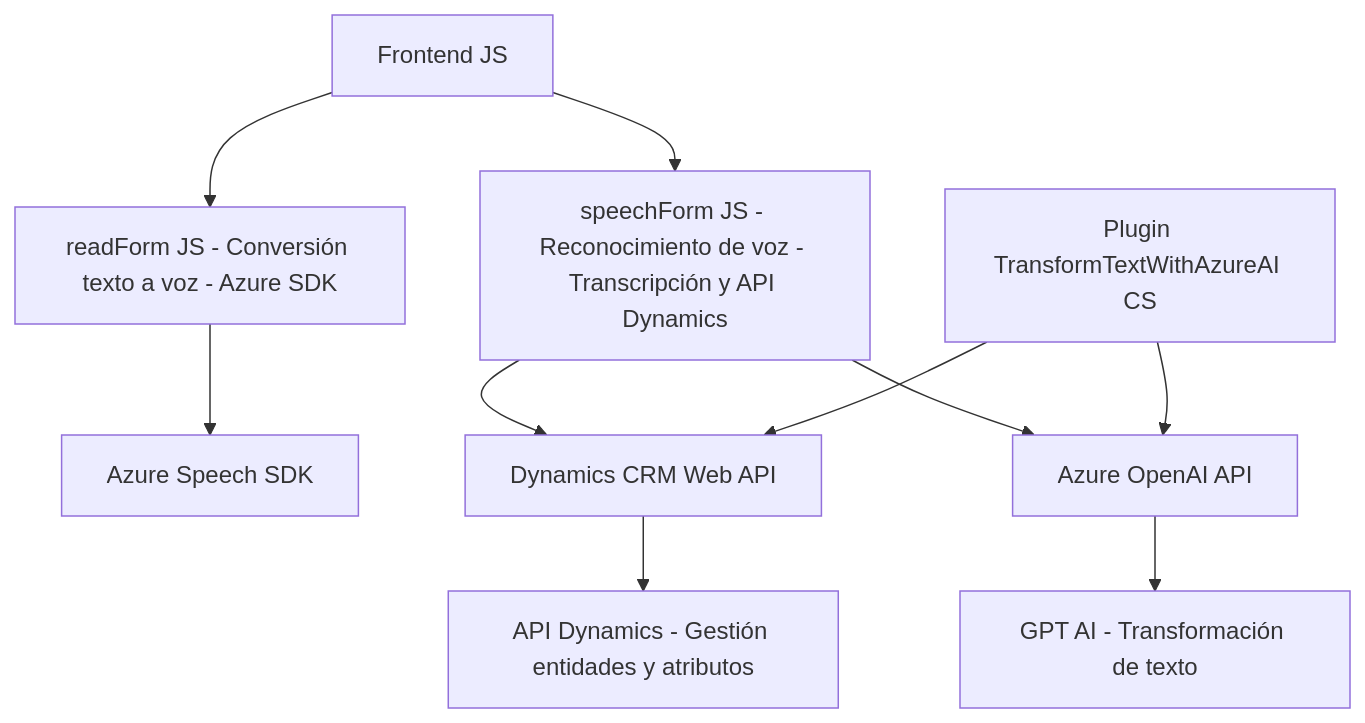
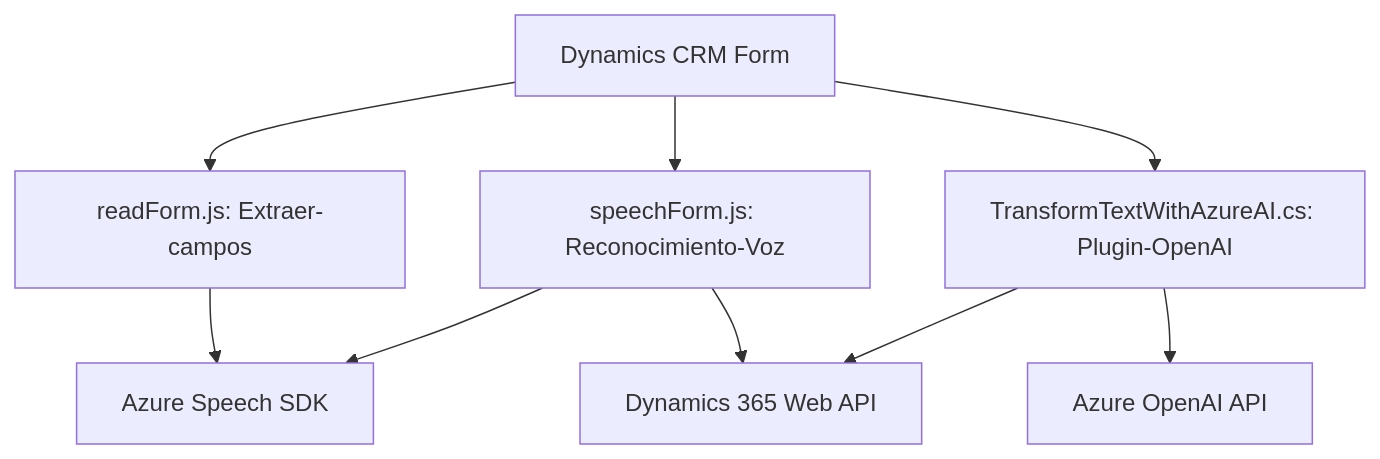
Before and after one commit to blopezdm/NETCORE_BILBAO2025: the diagram in README.md, drawn with Mermaid. The commit also changed other lines of this file, not shown here.

````diff
--- a/README.md
+++ b/README.md
@@ -44,12 +36,19 @@
 ```mermaid
 graph TD
-    A["Frontend JS"] --> B["readForm JS - Conversión texto a voz - Azure SDK"]
-    A --> C["speechForm JS - Reconocimiento de voz - Transcripción y API Dynamics"]
-    B --> D["Azure Speech SDK"]
-    C --> E["Dynamics CRM Web API"]
-    C --> F["Azure OpenAI API"]
-    E --> G["API Dynamics - Gestión entidades y atributos"]
-    F --> H["GPT AI - Transformación de texto"]
-    I["Plugin TransformTextWithAzureAI CS"] --> E
-    I --> F
+    A["Dynamics CRM Form"]
+    B["readForm.js: Extraer-campos"]
+    C["speechForm.js: Reconocimiento-Voz"]
+    D["TransformTextWithAzureAI.cs: Plugin-OpenAI"]
+    E["Azure Speech SDK"]
+    F["Azure OpenAI API"]
+    G["Dynamics 365 Web API"]
+
+    A --> B
+    A --> C
+    B --> E
+    C --> E
+    C --> G
+    A --> D
+    D --> F
+    D --> G
 ```
````
